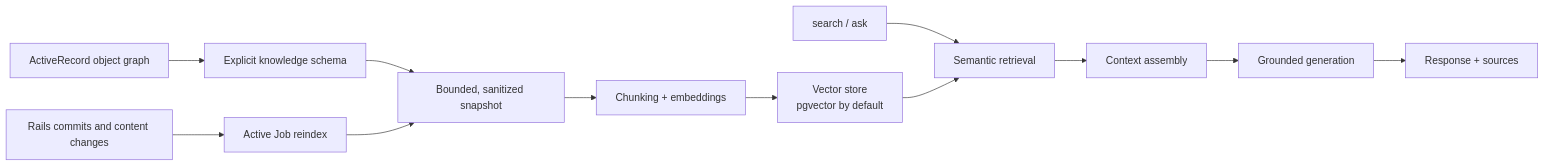
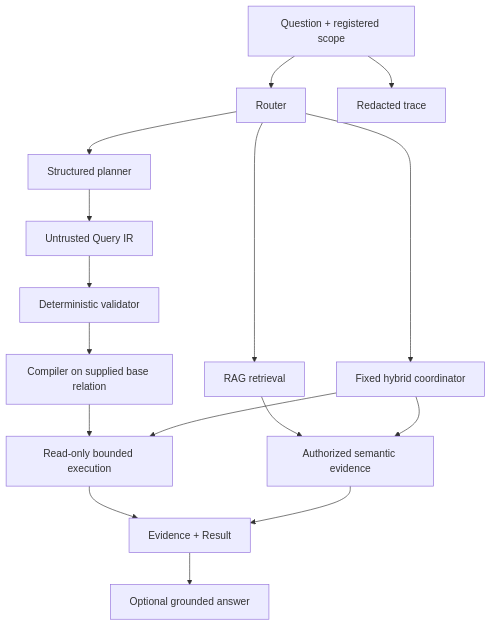
The diagram in README.md (benjis/maglev), drawn with Mermaid before and after one commit. The commit also changed other lines of this file and 114 other files, not shown here.

````diff
--- a/README.md
+++ b/README.md
@@ -189,14 +76,18 @@
 ```mermaid
-flowchart LR
-  A["ActiveRecord object graph"] --> B["Explicit knowledge schema"]
-  B --> C["Bounded, sanitized snapshot"]
-  C --> D["Chunking + embeddings"]
-  D --> E["Vector store<br/>pgvector by default"]
-  Q["search / ask"] --> F["Semantic retrieval"]
-  E --> F
-  F --> G["Context assembly"]
-  G --> H["Grounded generation"]
-  H --> I["Response + sources"]
-  J["Rails commits and content changes"] --> K["Active Job reindex"]
-  K --> C
+flowchart TD
+  Q["Question + registered scope"] --> R["Router"]
+  R --> S["Structured planner"]
+  R --> G["RAG retrieval"]
+  R --> H["Fixed hybrid coordinator"]
+  S --> I["Untrusted Query IR"]
+  I --> V["Deterministic validator"]
+  V --> C["Compiler on supplied base relation"]
+  C --> E["Read-only bounded execution"]
+  G --> X["Authorized semantic evidence"]
+  H --> E
+  H --> X
+  E --> O["Evidence + Result"]
+  X --> O
+  O --> A["Optional grounded answer"]
+  Q --> T["Redacted trace"]
 ```
````
